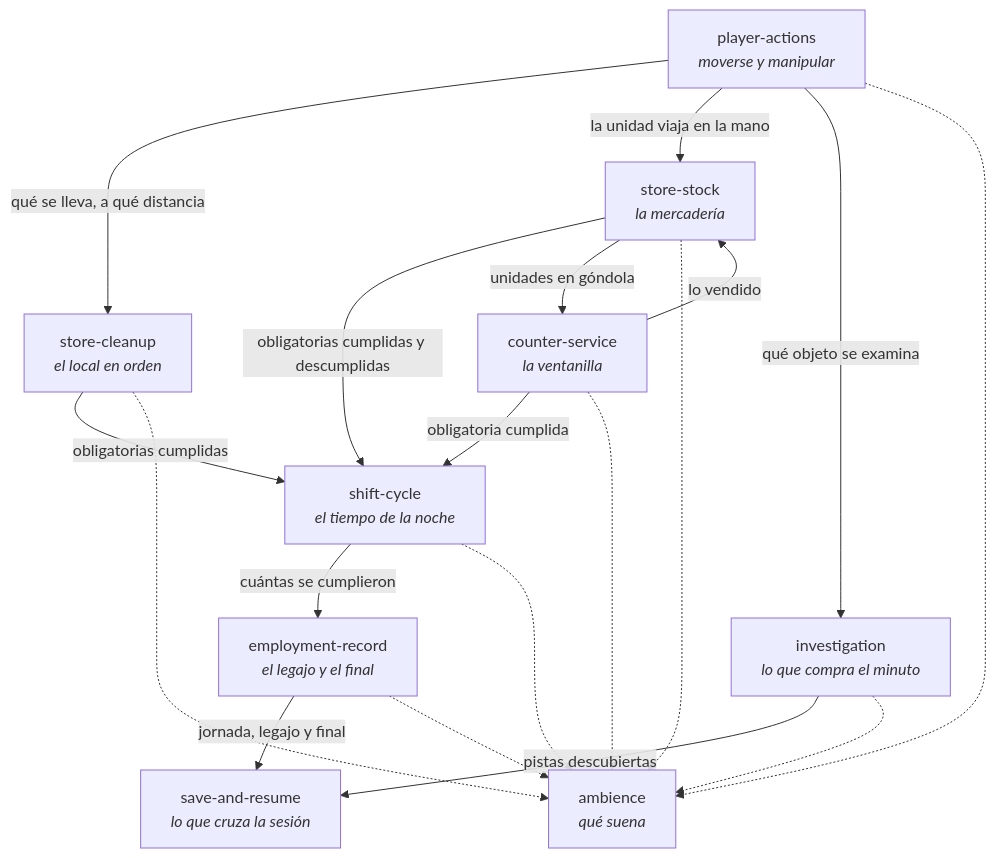
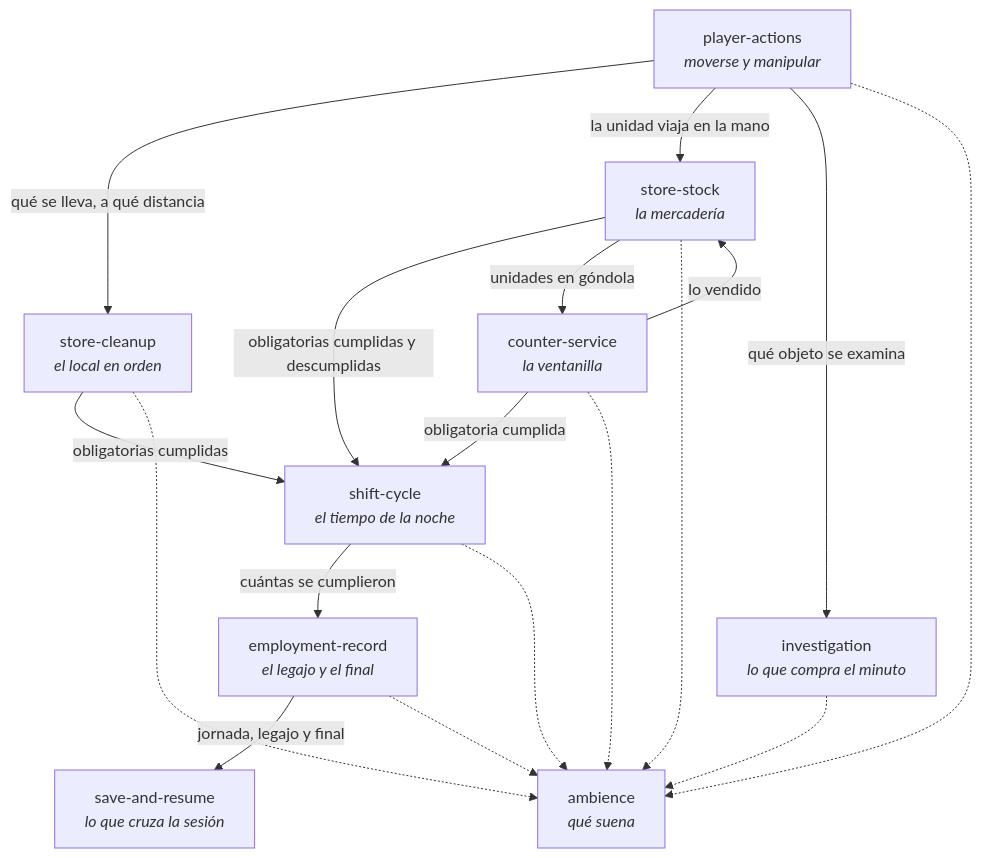
Before and after one commit to federicohermo/nosefia: the diagram in docs/architecture/capacidades.md, drawn with Mermaid. The commit also changed 2 other files, not shown here.

Commit message:
spec(investigation): salen los casos, las exigencias y el desenlace
BR-INV-012 a 016 y AC-INV-013 a 018 describían pistas que se registran contra
un caso, con exigencias, un desenlace por umbral y un expediente que cruza la
noche. Ninguna línea de src/ lo implementa, y la ficha vigente de Notion
(«Sistema de investigación (pistas e hipótesis)», en curso) describe otro
modelo: pistas que desbloquean una hipótesis por noche. Sale entero, con los
términos, la pregunta abierta y la dependencia de save-and-resume que existían
sólo por esa parte. El contrato de las hipótesis entra cuando la ficha cierre.

````diff
--- a/docs/architecture/capacidades.md
+++ b/docs/architecture/capacidades.md
@@ -22,31 +22,30 @@
 ```mermaid
 flowchart TD
   SHF["shift-cycle<br/><i>el tiempo de la noche</i>"]
   EMP["employment-record<br/><i>el legajo y el final</i>"]
   SAV["save-and-resume<br/><i>lo que cruza la sesión</i>"]
   PLY["player-actions<br/><i>moverse y manipular</i>"]
   INV["investigation<br/><i>lo que compra el minuto</i>"]
   CTR["counter-service<br/><i>la ventanilla</i>"]
   STK["store-stock<br/><i>la mercadería</i>"]
   CLN["store-cleanup<br/><i>el local en orden</i>"]
   AMB["ambience<br/><i>qué suena</i>"]
 
   CTR -- "obligatoria cumplida" --> SHF
   STK -- "obligatorias cumplidas y descumplidas" --> SHF
   CLN -- "obligatorias cumplidas" --> SHF
   SHF -- "cuántas se cumplieron" --> EMP
   EMP -- "jornada, legajo y final" --> SAV
-  INV -- "pistas descubiertas" --> SAV
   STK -- "unidades en góndola" --> CTR
   CTR -- "lo vendido" --> STK
   PLY -- "qué se lleva, a qué distancia" --> CLN
   PLY -- "la unidad viaja en la mano" --> STK
   PLY -- "qué objeto se examina" --> INV
   SHF -.-> AMB
   EMP -.-> AMB
   CTR -.-> AMB
   STK -.-> AMB
   CLN -.-> AMB
   PLY -.-> AMB
   INV -.-> AMB
 ```
````
